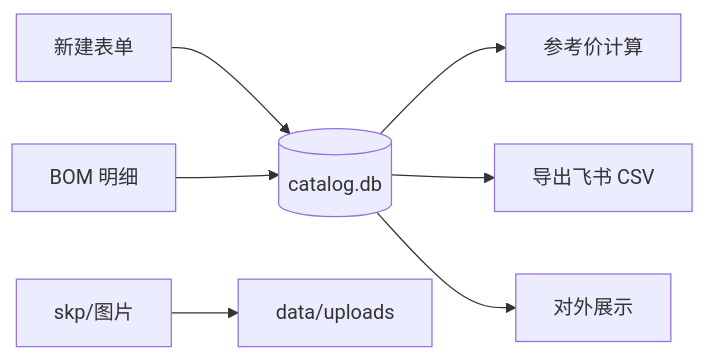
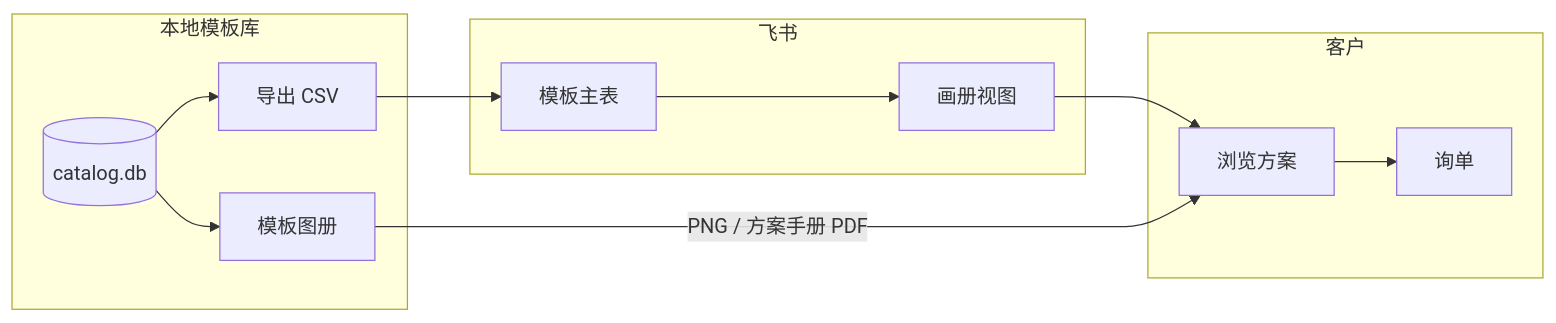
One commit to raintea223-art/Parti-MR2525 changed the seventh of 9 diagrams in docs/WORKFLOW.md. Above: the diagram before and after it, drawn with Mermaid. The commit also changed other lines of this file and 42 other files, not shown here.

First line of the commit message:
Add scene/tag/gallery modules, pricing library, and architecture docs.

````diff
--- a/docs/WORKFLOW.md
+++ b/docs/WORKFLOW.md
@@ -36,9 +184,19 @@
 ```mermaid
 flowchart LR
-    Form[新建表单] --> DB[(catalog.db)]
-    SKP[skp/图片] --> Uploads[data/uploads]
-    BOM[BOM 明细] --> DB
-    DB --> Price[参考价计算]
-    DB --> CSV[导出飞书 CSV]
-    DB --> Public[对外展示]
+    subgraph 本地模板库
+        L1[(catalog.db)]
+        L2[模板图册]
+        L3[导出 CSV]
+    end
+    subgraph 飞书
+        F1[模板主表]
+        F2[画册视图]
+    end
+    subgraph 客户
+        C1[浏览方案]
+        C2[询单]
+    end
+    L1 --> L2
+    L1 --> L3 --> F1 --> F2 --> C1 --> C2
+    L2 -->|PNG / 方案手册 PDF| C1
 ```
````
